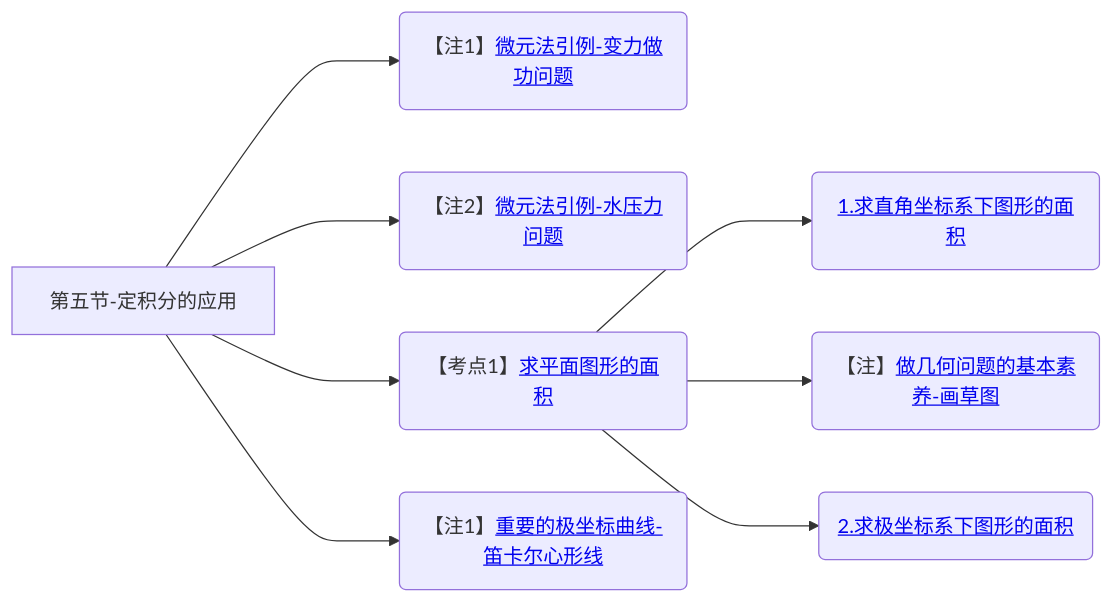
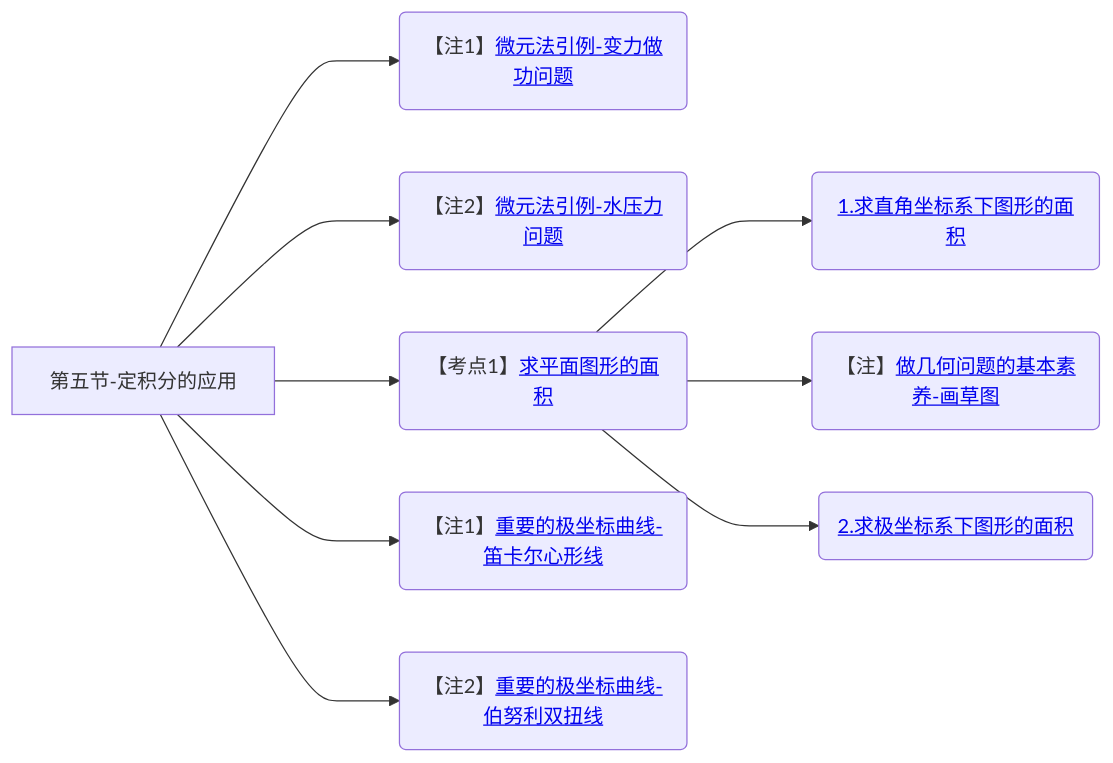
Diagram 23 of 23 in 笔记/数学/周洋鑫/01.基础班思维导图.md (yuebinghui/note), drawn with Mermaid before and after one commit. The commit also changed 5 other files, not shown here.

````diff
--- a/笔记/数学/周洋鑫/01.基础班思维导图.md
+++ b/笔记/数学/周洋鑫/01.基础班思维导图.md
@@ -811,13 +811,14 @@
 ```mermaid
 graph LR
 第五节-定积分的应用
 
 第五节-定积分的应用--->微元法引例-变力做功问题(【注1】<a href="/Users/yuebinghui/Documents/program/github/note/笔记/数学/周洋鑫/基础班/26.微分方程_1.md#微元法引例-变力做功问题">微元法引例-变力做功问题</>)
 第五节-定积分的应用--->微元法引例-水压力问题(【注2】<a href="/Users/yuebinghui/Documents/program/github/note/笔记/数学/周洋鑫/基础班/26.微分方程_1.md#微元法引例-水压力问题">微元法引例-水压力问题</>)
 第五节-定积分的应用--->求平面图形的面积(【考点1】<a href="/Users/yuebinghui/Documents/program/github/note/笔记/数学/周洋鑫/基础班/26.微分方程_1.md#求平面图形的面积">求平面图形的面积</>)
 求平面图形的面积--->1.求直角坐标系下图形的面积(<a href="/Users/yuebinghui/Documents/program/github/note/笔记/数学/周洋鑫/基础班/26.微分方程_1.md#1.求直角坐标系下图形的面积">1.求直角坐标系下图形的面积</>)
 求平面图形的面积--->做几何问题的基本素养-画草图(【注】<a href="/Users/yuebinghui/Documents/program/github/note/笔记/数学/周洋鑫/基础班/26.微分方程_1.md#做几何问题的基本素养-画草图">做几何问题的基本素养-画草图</>)
 求平面图形的面积--->求极坐标系下图形的面积(<a href="/Users/yuebinghui/Documents/program/github/note/笔记/数学/周洋鑫/基础班/26.微分方程_1.md#求极坐标系下图形的面积">2.求极坐标系下图形的面积</>)
 
 第五节-定积分的应用--->重要的极坐标曲线-笛卡尔心形线(【注1】<a href="/Users/yuebinghui/Documents/program/github/note/笔记/数学/周洋鑫/基础班/26.微分方程_1.md#重要的极坐标曲线-笛卡尔心形线">重要的极坐标曲线-笛卡尔心形线</>)
+第五节-定积分的应用--->重要的极坐标曲线-伯努利双扭线(【注2】<a href="/Users/yuebinghui/Documents/program/github/note/笔记/数学/周洋鑫/基础班/26.微分方程_1.md#重要的极坐标曲线-伯努利双扭线">重要的极坐标曲线-伯努利双扭线</>)
 ```
````
